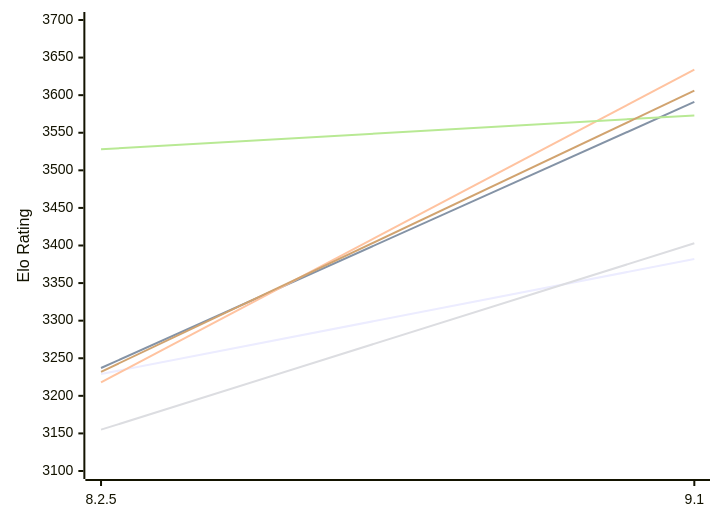
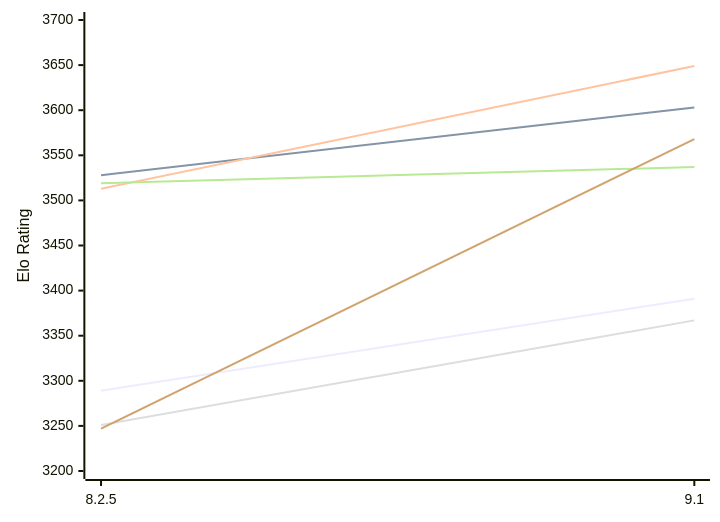
The first of 2 diagrams in engines/Clover.md (computer-chess-index/cci), drawn with Mermaid before and after one commit. The commit also changed other lines of this file, not shown here.

Commit message:
Update CCI Ratings (ELO VLTC) - 2026-11-14

````diff
--- a/engines/Clover.md
+++ b/engines/Clover.md
@@ -52,12 +52,12 @@
 ```mermaid
 %%{init: {"theme":"base","themeVariables":{"seriesColors:['#a3a3a3','#222221','#faa371']}}}%%
 xychart-beta
   x-axis ["8.2.5", "9.1"]
-  y-axis "Elo Rating" 3100 --> 3700
-  line "E1: STC (8.0+0.08s)" [3229, 3382]
-  line "E1: LTC (60.0+0.60s)" [3237, 3591]
-  line "E1: VLTC (2m24s+1.12s)" [3218, 3634]
-  line "P1: STC (8.0+0.08s)" [3155, 3403]
-  line "P1: LTC (60.0+0.60s)" [3528, 3573]
-  line "P1: VLTC (2m24s+1.12s)" [3232, 3606]
+  y-axis "Elo Rating" 3200 --> 3700
+  line "E1: STC (8.0+0.08s)" [3289, 3391]
+  line "E1: LTC (60.0+0.60s)" [3528, 3603]
+  line "E1: VLTC (2m24s+1.12s)" [3513, 3649]
+  line "P1: STC (8.0+0.08s)" [3251, 3367]
+  line "P1: LTC (60.0+0.60s)" [3519, 3537]
+  line "P1: VLTC (2m24s+1.12s)" [3247, 3568]
 ```
````
